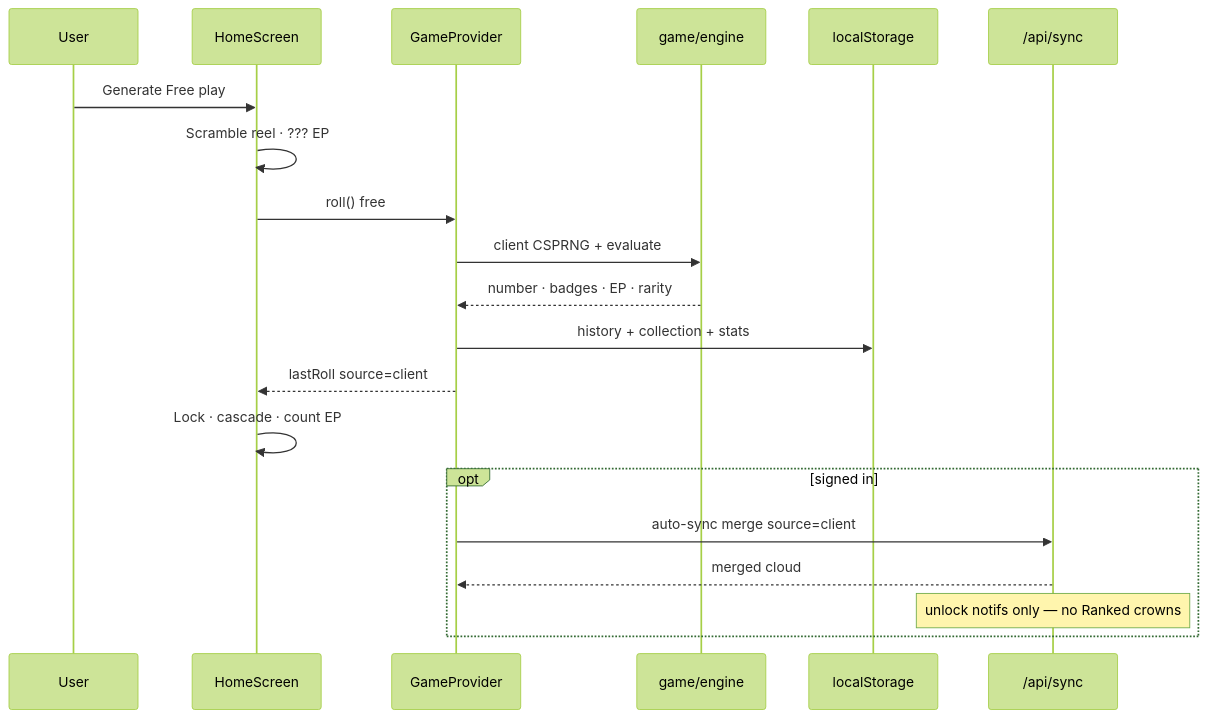
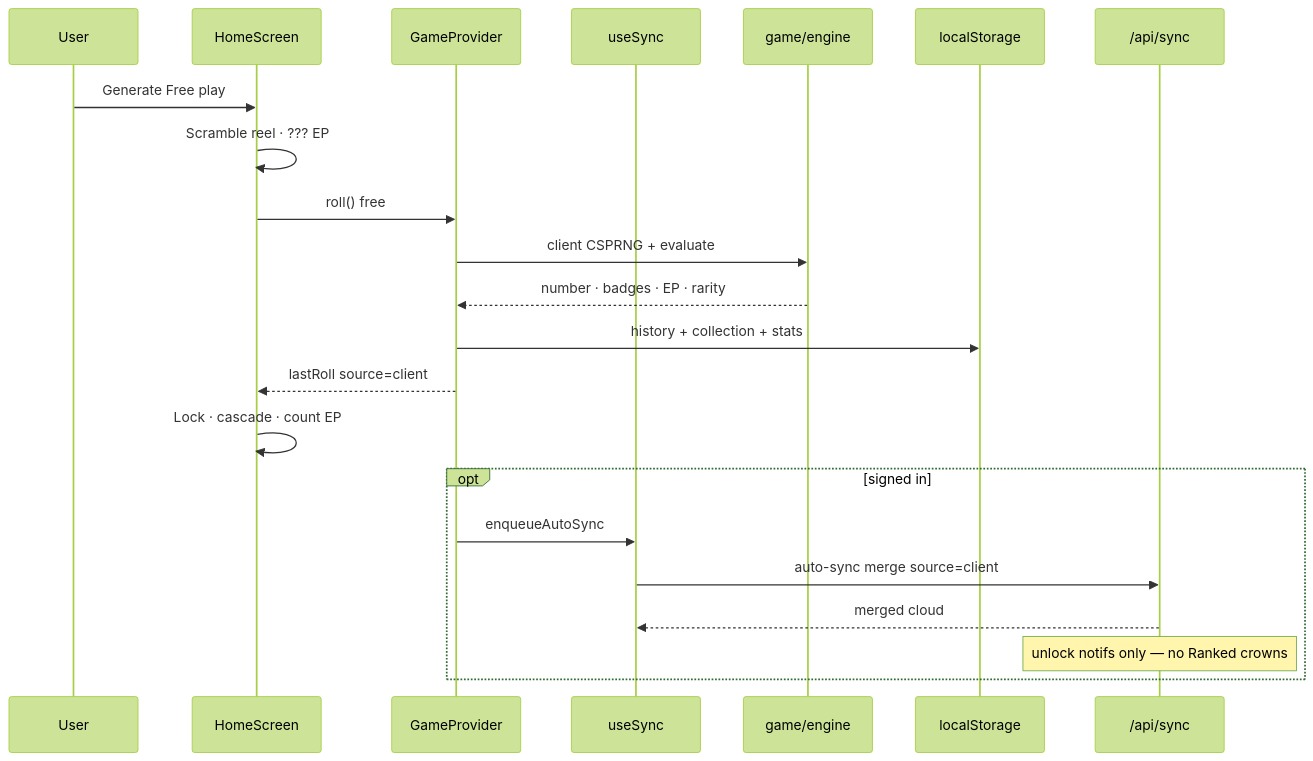
Before and after one commit to jondmarien/rngdle-unlocked: the second of 6 diagrams in docs/ARCHITECTURE.md, drawn with Mermaid (forest theme). The commit also changed other lines of this file and 2 other files, not shown here.

Commit message:
docs: sync ARCHITECTURE, oauth notes, opus report, and refactor notes

````diff
--- a/docs/ARCHITECTURE.md
+++ b/docs/ARCHITECTURE.md
@@ -46,23 +57,25 @@
 ```mermaid
 sequenceDiagram
   participant U as User
   participant H as HomeScreen
   participant G as GameProvider
+  participant Sync as useSync
   participant E as game/engine
   participant S as localStorage
   participant C as /api/sync
 
   U->>H: Generate Free play
   H->>H: Scramble reel · ??? EP
   H->>G: roll() free
   G->>E: client CSPRNG + evaluate
   E-->>G: number · badges · EP · rarity
   G->>S: history + collection + stats
   G-->>H: lastRoll source=client
   H->>H: Lock · cascade · count EP
   opt signed in
-    G->>C: auto-sync merge source=client
-    C-->>G: merged cloud
+    G->>Sync: enqueueAutoSync
+    Sync->>C: auto-sync merge source=client
+    C-->>Sync: merged cloud
     Note over C: unlock notifs only — no Ranked crowns
   end
 ```
````
